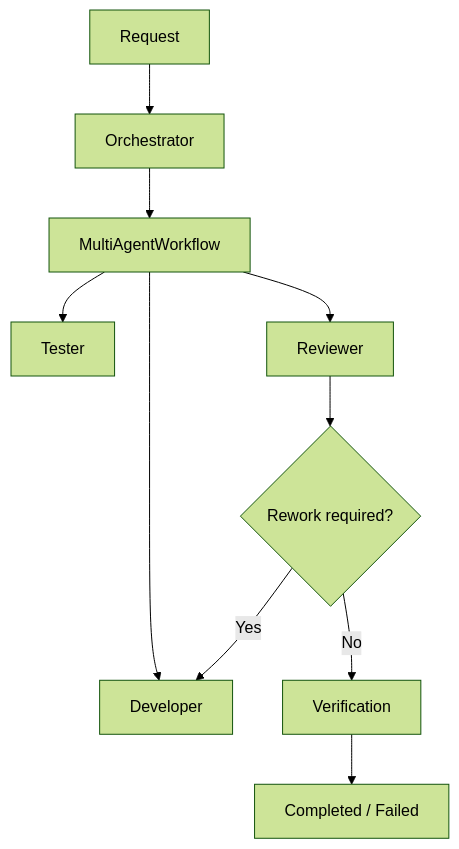
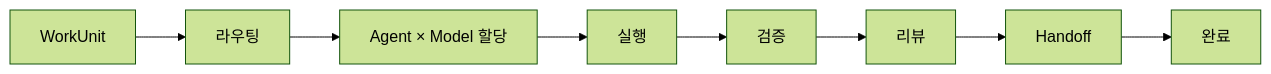
Before and after one commit to eaglesjo/MultiAgentOS: the third of 7 diagrams in README.ko.md, drawn with Mermaid (forest theme). The commit also changed other lines of this file, not shown here.

````diff
--- a/README.ko.md
+++ b/README.ko.md
@@ -98,12 +98,10 @@
-```mermaid
-flowchart TB
-    REQUEST["Request"] --> ORCH["Orchestrator"]
-    ORCH --> WORKFLOW["MultiAgentWorkflow"]
-    WORKFLOW --> DEV["Developer"]
-    WORKFLOW --> TEST["Tester"]
-    WORKFLOW --> REVIEW["Reviewer"]
-    REVIEW --> REWORK{"Rework required?"}
-    REWORK -->|Yes| DEV
-    REWORK -->|No| VERIFY["Verification"]
-    VERIFY --> RESULT["Completed / Failed"]
-```
+~~~mermaid
+flowchart LR
+    WU["WorkUnit"] --> ROUTE["라우팅"]
+    ROUTE --> ASSIGN["Agent × Model 할당"]
+    ASSIGN --> EXEC["실행"]
+    EXEC --> VERIFY["검증"]
+    VERIFY --> REVIEW["리뷰"]
+    REVIEW --> HANDOFF["Handoff"]
+    HANDOFF --> COMPLETE["완료"]
+~~~
````
